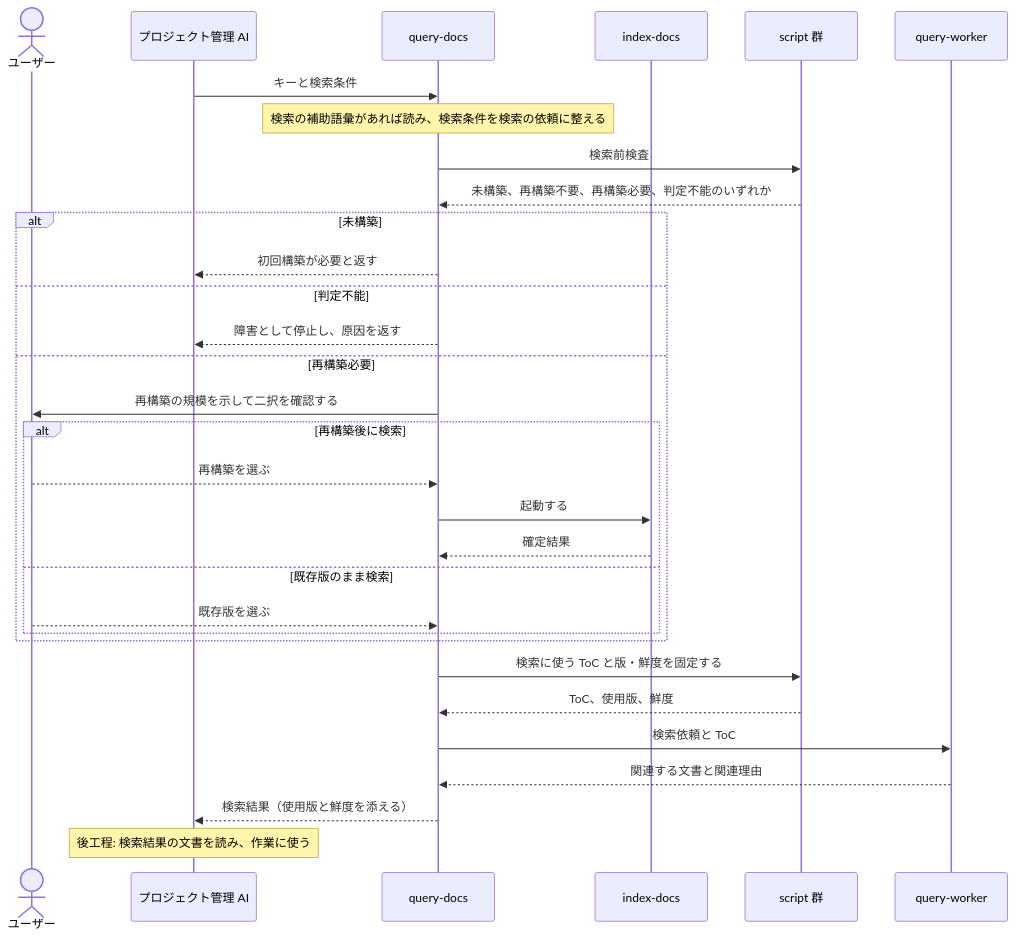
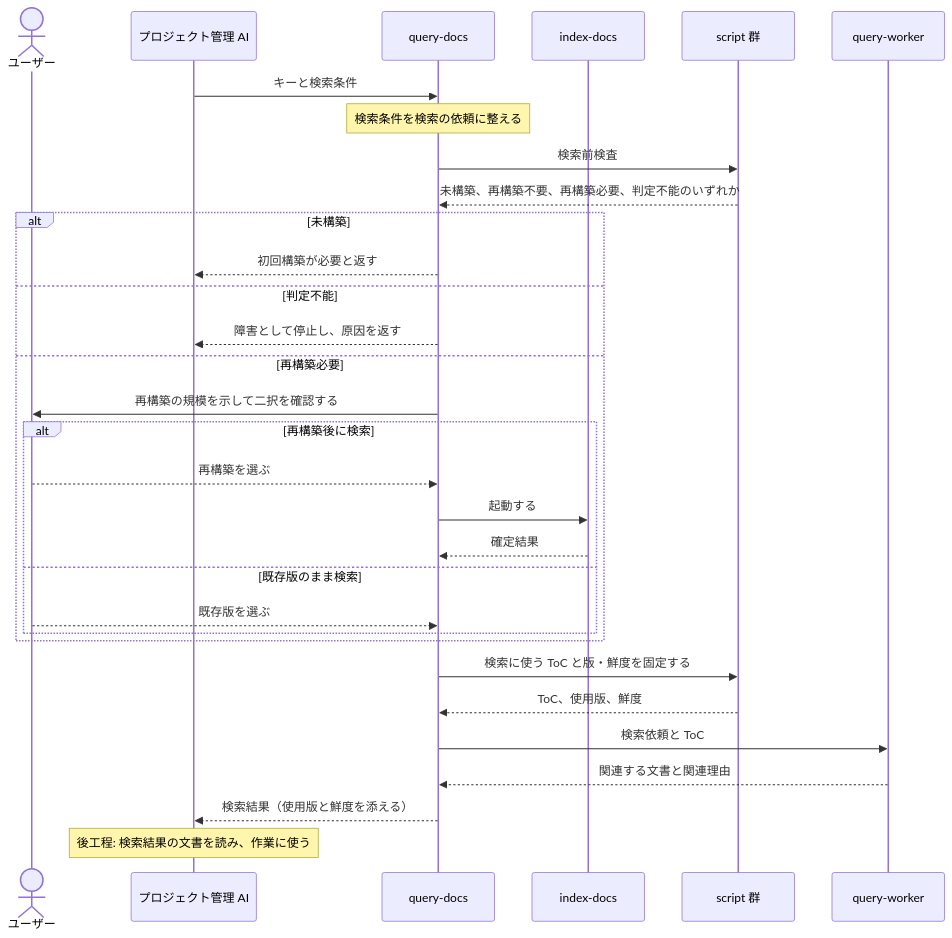
Before and after one commit to BlueEventHorizon/doc-link: the fourth of 9 diagrams in docs/specs/design/DES-010_skill-composition.md, drawn with Mermaid. The commit also changed other lines of this file and 15 other files, not shown here.

````diff
--- a/docs/specs/design/DES-010_skill-composition.md
+++ b/docs/specs/design/DES-010_skill-composition.md
@@ -214,34 +215,34 @@
 ```mermaid
 sequenceDiagram
     actor User as ユーザー
     participant PM as プロジェクト管理 AI
     participant Skill as query-docs
     participant Index as index-docs
     participant Scripts as script 群
     participant Worker as query-worker
 
     PM->>Skill: キーと検索条件
-    Note over Skill: 検索の補助語彙があれば読み、検索条件を検索の依頼に整える
+    Note over Skill: 検索条件を検索の依頼に整える
     Skill->>Scripts: 検索前検査
     Scripts-->>Skill: 未構築、再構築不要、再構築必要、判定不能のいずれか
     alt 未構築
         Skill-->>PM: 初回構築が必要と返す
     else 判定不能
         Skill-->>PM: 障害として停止し、原因を返す
     else 再構築必要
         Skill->>User: 再構築の規模を示して二択を確認する
         alt 再構築後に検索
             User-->>Skill: 再構築を選ぶ
             Skill->>Index: 起動する
             Index-->>Skill: 確定結果
         else 既存版のまま検索
             User-->>Skill: 既存版を選ぶ
         end
     end
     Skill->>Scripts: 検索に使う ToC と版・鮮度を固定する
     Scripts-->>Skill: ToC、使用版、鮮度
     Skill->>Worker: 検索依頼と ToC
     Worker-->>Skill: 関連する文書と関連理由
     Skill-->>PM: 検索結果（使用版と鮮度を添える）
     Note over PM: 後工程: 検索結果の文書を読み、作業に使う
 ```
````
